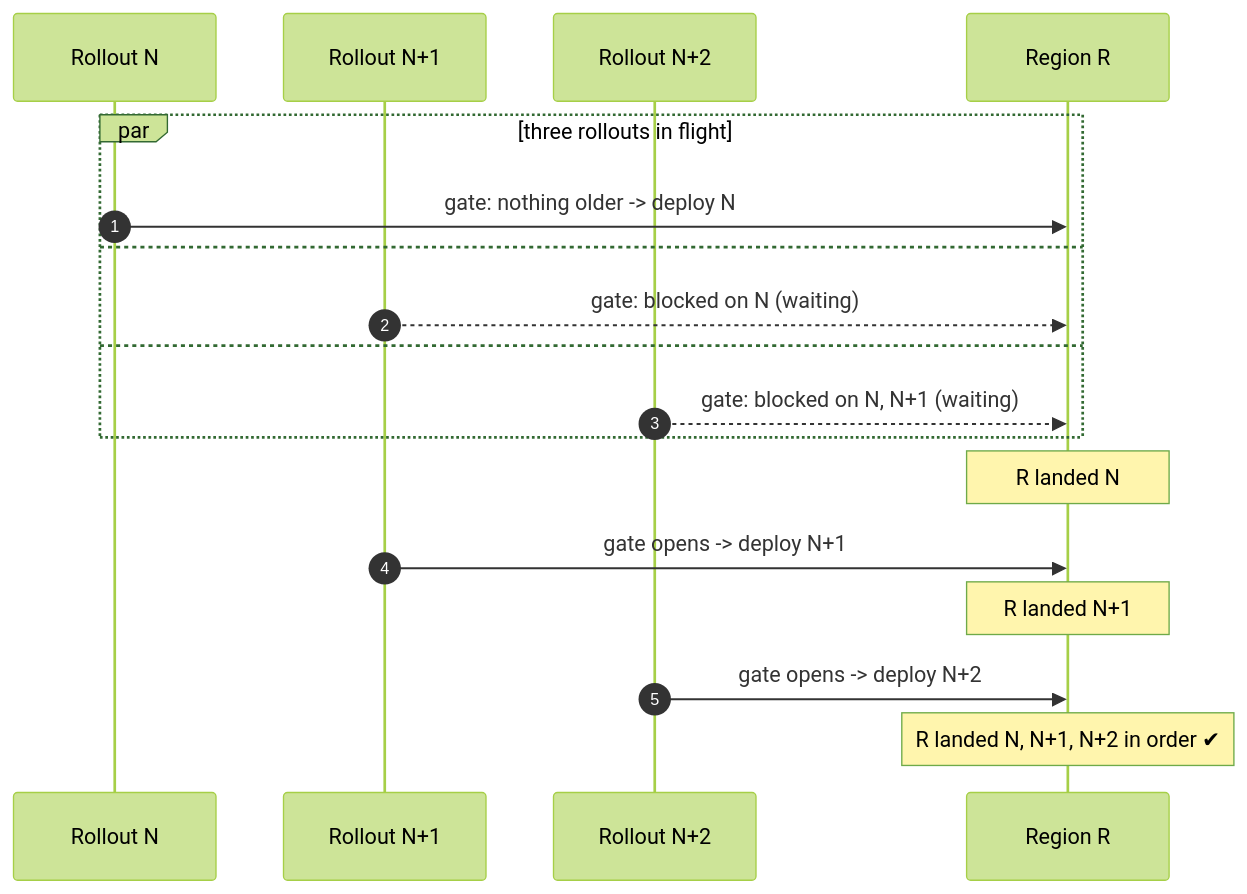
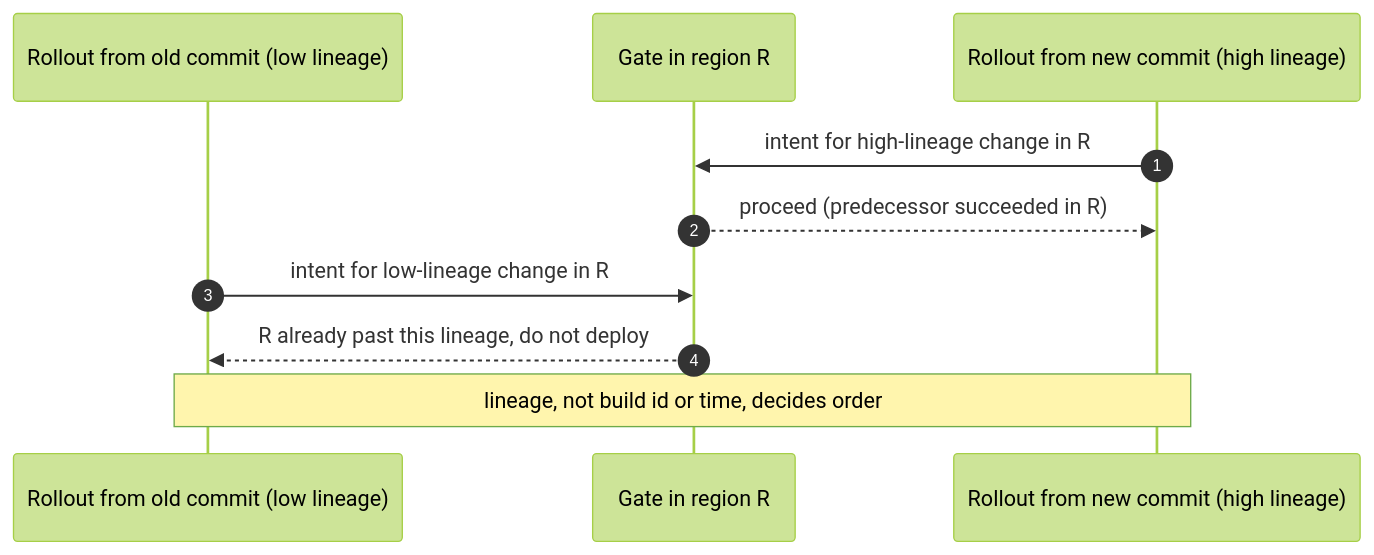
One commit to Azure/ARO-HCP changed the third of 7 diagrams in docs/ev2-region-lock.md. Above: the diagram before and after it, drawn with Mermaid (forest theme). The commit also changed other lines of this file and 1 other file, not shown here.

First line of the commit message:
docs(ev2): reframe region-lock design around incremental rollouts (AROSLSRE-1567)

````diff
--- a/docs/ev2-region-lock.md
+++ b/docs/ev2-region-lock.md
@@ -183,20 +177,12 @@
 ```mermaid
 sequenceDiagram
     autonumber
-    participant N as Rollout N
-    participant N1 as Rollout N+1
-    participant N2 as Rollout N+2
-    participant R as Region R
-    par three rollouts in flight
-        N->>R: gate: nothing older -> deploy N
-        and
-        N1-->>R: gate: blocked on N (waiting)
-        and
-        N2-->>R: gate: blocked on N, N+1 (waiting)
-    end
-    Note over R: R landed N
-    N1->>R: gate opens -> deploy N+1
-    Note over R: R landed N+1
-    N2->>R: gate opens -> deploy N+2
-    Note over R: R landed N, N+1, N+2 in order ✔
+    participant Old as Rollout from old commit (low lineage)
+    participant G as Gate in region R
+    participant New as Rollout from new commit (high lineage)
+    New->>G: intent for high-lineage change in R
+    G-->>New: proceed (predecessor succeeded in R)
+    Old->>G: intent for low-lineage change in R
+    G-->>Old: R already past this lineage, do not deploy
+    Note over Old,New: lineage, not build id or time, decides order
 ```
````
